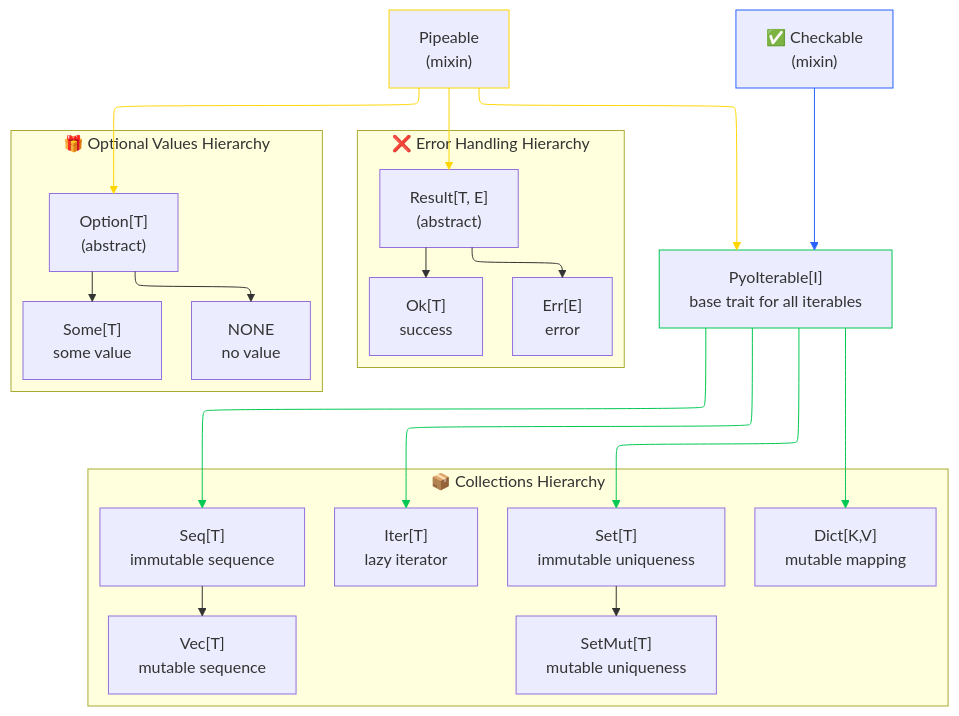
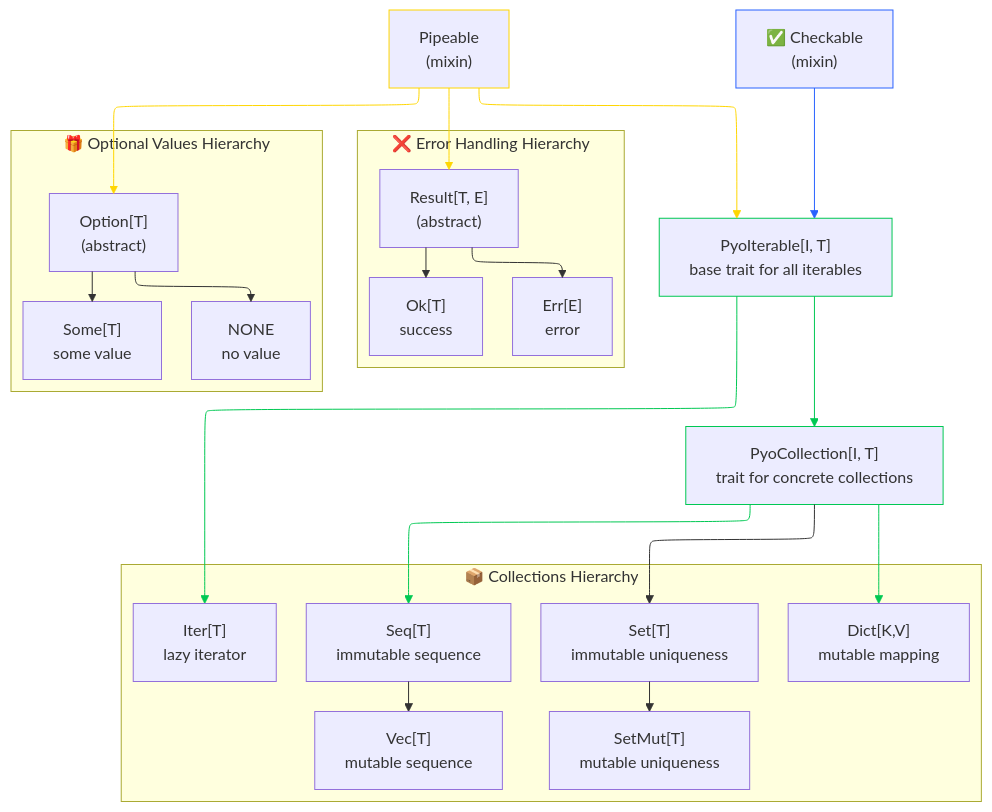
Before and after one commit to OutSquareCapital/pyochain: the diagram in docs/core-types-overview.md, drawn with Mermaid. The commit also changed other lines of this file and 2 other files, not shown here.

````diff
--- a/docs/core-types-overview.md
+++ b/docs/core-types-overview.md
@@ -65,44 +58,46 @@
 ```mermaid
 ---
 config:
   layout: elk
 ---
 flowchart TB
  subgraph Collections["📦 Collections Hierarchy"]
         Iter["Iter[T]<br>lazy iterator"]
         Seq["Seq[T]<br>immutable sequence"]
         Vec["Vec[T]<br>mutable sequence"]
         Set["Set[T]<br>immutable uniqueness"]
         SetMut["SetMut[T]<br>mutable uniqueness"]
         Dict["Dict[K,V]<br>mutable mapping"]
   end
  subgraph ErrorHandling["❌ Error Handling Hierarchy"]
         Result["Result[T, E]<br>(abstract)"]
         Ok["Ok[T]<br>success"]
         Err["Err[E]<br>error"]
   end
  subgraph Optional["🎁 Optional Values Hierarchy"]
         Option["Option[T]<br>(abstract)"]
         Some["Some[T]<br>some value"]
         NONE["NONE<br>no value"]
   end
-    Pipeable["Pipeable<br>(mixin)"] --> PyoIterable["PyoIterable[I]<br>base trait for all iterables"] & Result & Option
+    Pipeable["Pipeable<br>(mixin)"] --> PyoIterable["PyoIterable[I, T]<br>base trait for all iterables"] & Result & Option
     Checkable["✅ Checkable<br>(mixin)"] --> PyoIterable
-    PyoIterable --> Dict & Iter & Seq & Set
+    PyoIterable --> Iter & PyoCollection["PyoCollection[I, T]<br>trait for concrete collections"]
+    PyoCollection --> Dict & Seq & Set
     Seq --> Vec
     Set --> SetMut
     Result --> Ok & Err
     Option --> Some & NONE
 
     style Pipeable stroke:#FFD600
     style PyoIterable stroke:#00C853
+    style PyoCollection stroke:#00C853
     style Checkable stroke:#2962FF
     linkStyle 0 stroke:#FFD600,fill:none
     linkStyle 1 stroke:#FFD600,fill:none
     linkStyle 2 stroke:#FFD600,fill:none
     linkStyle 3 stroke:#2962FF,fill:none
     linkStyle 4 stroke:#00C853,fill:none
     linkStyle 5 stroke:#00C853,fill:none
     linkStyle 6 stroke:#00C853,fill:none
     linkStyle 7 stroke:#00C853,fill:none
 ```
````
